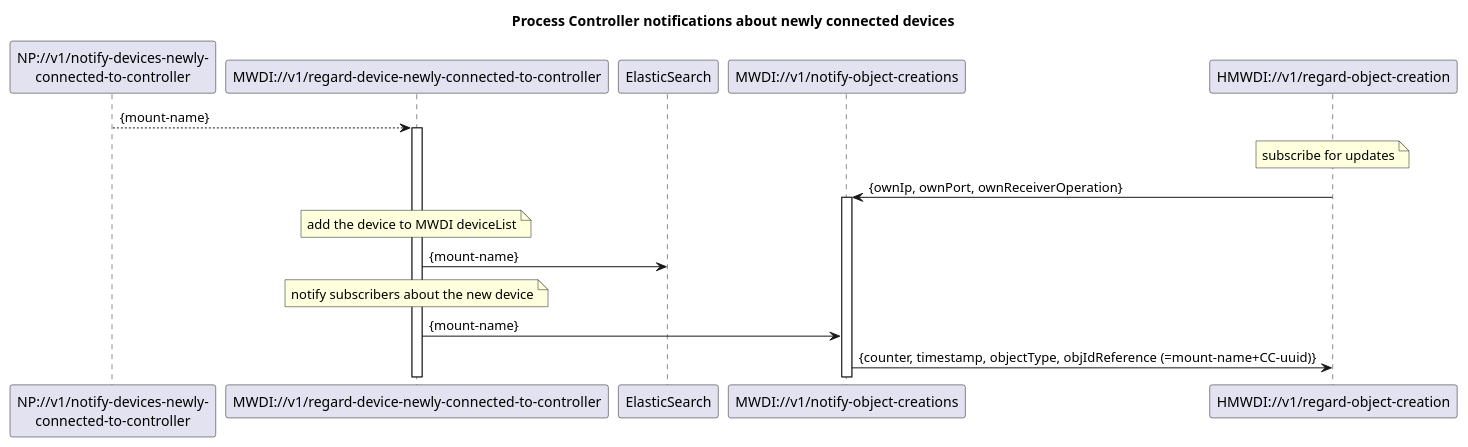
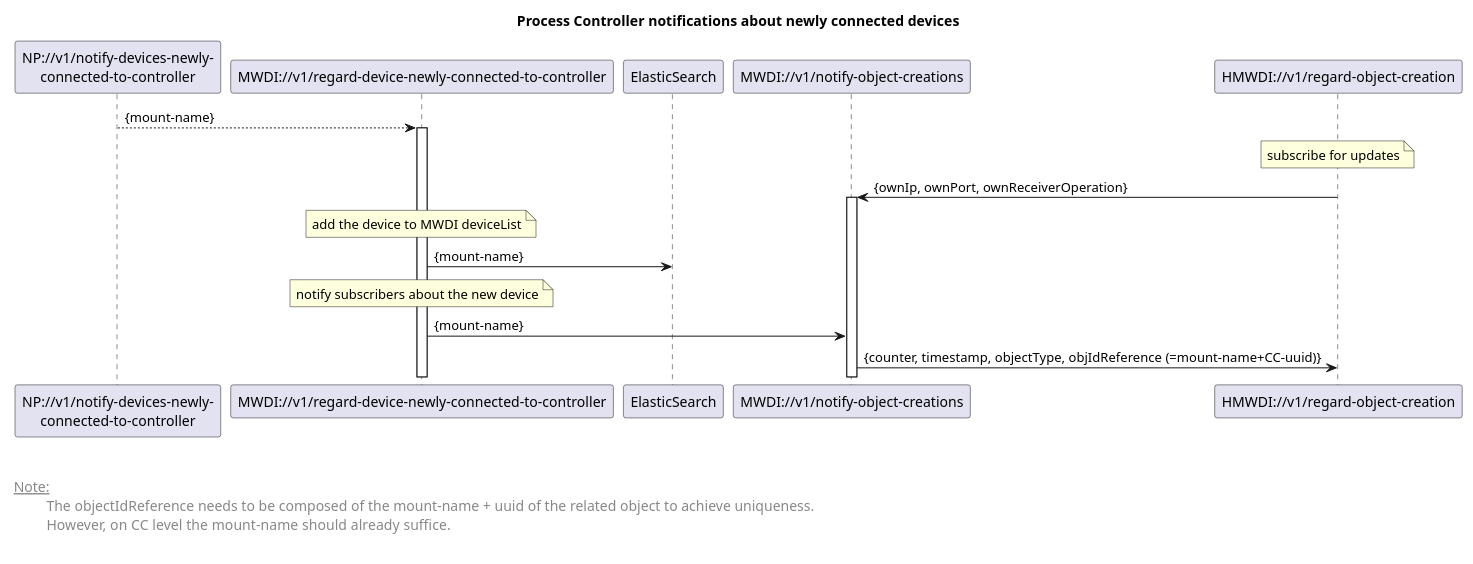
Before and after one commit to openBackhaul/MicroWaveDeviceInventory: the diagram in spec/diagrams/neu/done/01x_processControllerNotificationsNewDev.plantuml, drawn with PlantUML. The commit also changed 1 other file, not shown here.

```diff
--- a/spec/diagrams/neu/done/01x_processControllerNotificationsNewDev.plantuml
+++ b/spec/diagrams/neu/done/01x_processControllerNotificationsNewDev.plantuml
@@ -1,33 +1,52 @@
 @startuml
 skinparam responseMessageBelowArrow true
 skinparam participant {
   StereotypeFontSize 12  
 }
 
 title Process Controller notifications about newly connected devices
 
 'participants
 participant "NP://v1/notify-devices-newly-\nconnected-to-controller" as npmsg
 participant "MWDI://v1/regard-device-newly-connected-to-controller" as mwdi
 participant "ElasticSearch" as es
 participant "MWDI://v1/notify-object-creations" as notify
 participant "HMWDI://v1/regard-object-creation" as subscriberOp
 
 npmsg --> mwdi: {mount-name}
 activate mwdi
 
 note over subscriberOp: subscribe for updates
 subscriberOp -> notify: {ownIp, ownPort, ownReceiverOperation} 
 activate notify
 
 note over mwdi: add the device to MWDI deviceList
 mwdi -> es: {mount-name}
 
 note over mwdi: notify subscribers about the new device
 
 mwdi -> notify: {mount-name}
 notify -> subscriberOp: {counter, timestamp, objectType, objIdReference (=mount-name+CC-uuid)}
 
 
 
+
+left footer 
+
+
+<u> Note:</u>
+\t  The objectIdReference needs to be composed of the mount-name + uuid of the related object to achieve uniqueness.
+\t  However, on CC level the mount-name should already suffice.
+
+end footer
+
+<style>
+footer {
+  HorizontalAlignment left
+  FontSize 14
+}
+</style>
+
+
+
 @enduml
```
